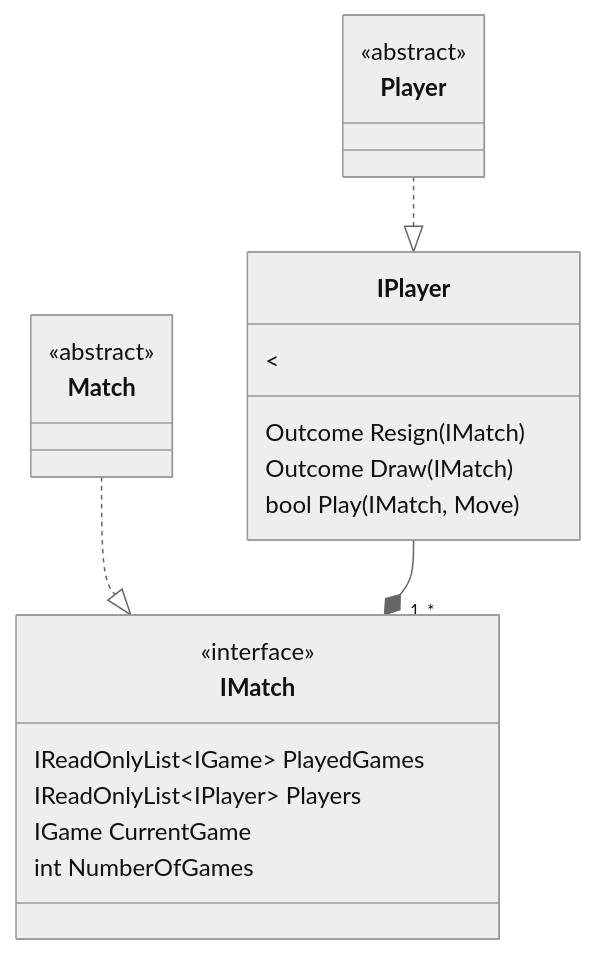
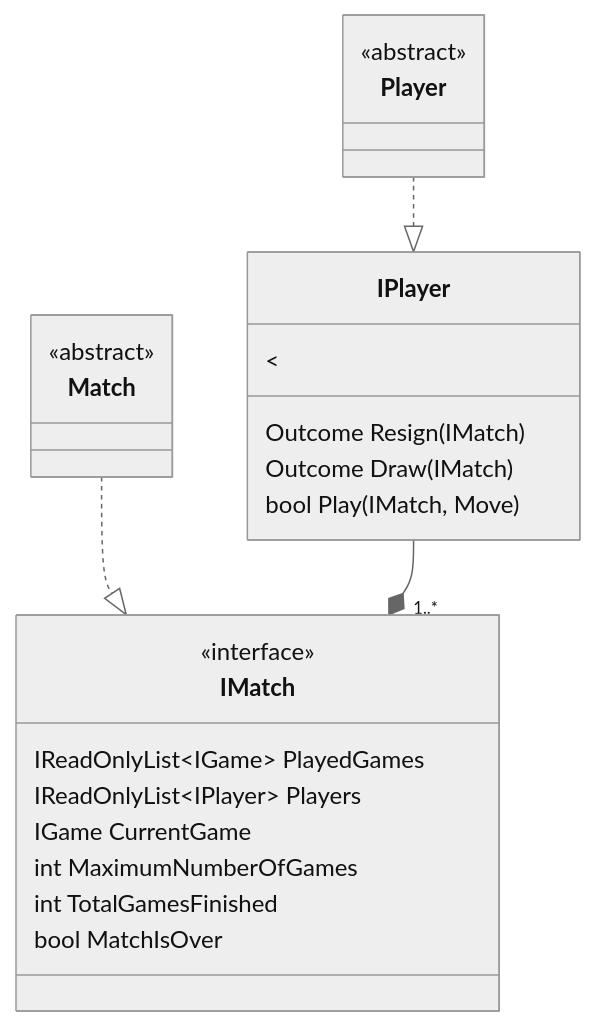
One commit to JeanLColombo/Mate changed the diagram in docs/UML/Core/Match.md. Above: the diagram before and after it, drawn with Mermaid (neutral theme). The commit also changed 5 other files, not shown here.

````diff
--- a/docs/UML/Core/Match.md
+++ b/docs/UML/Core/Match.md
@@ -6,25 +6,27 @@
 ```mermaid
     classDiagram
     class IMatch{
         <<interface>>
         IReadOnlyList~IGame~ PlayedGames
         IReadOnlyList~IPlayer~ Players 
         IGame CurrentGame
-        int NumberOfGames
+        int MaximumNumberOfGames
+        int TotalGamesFinished
+        bool MatchIsOver
     }
     class Match{
         <<abstract>>
     }
     class IPlayer{
         <<interface>
         Outcome Resign(IMatch)
         Outcome Draw(IMatch)
         bool Play(IMatch, Move)
     }
     class Player{
         <<abstract>>
     }
     Match ..|> IMatch
     IPlayer --* "1..*" IMatch
     Player ..|> IPlayer
 ```
````
